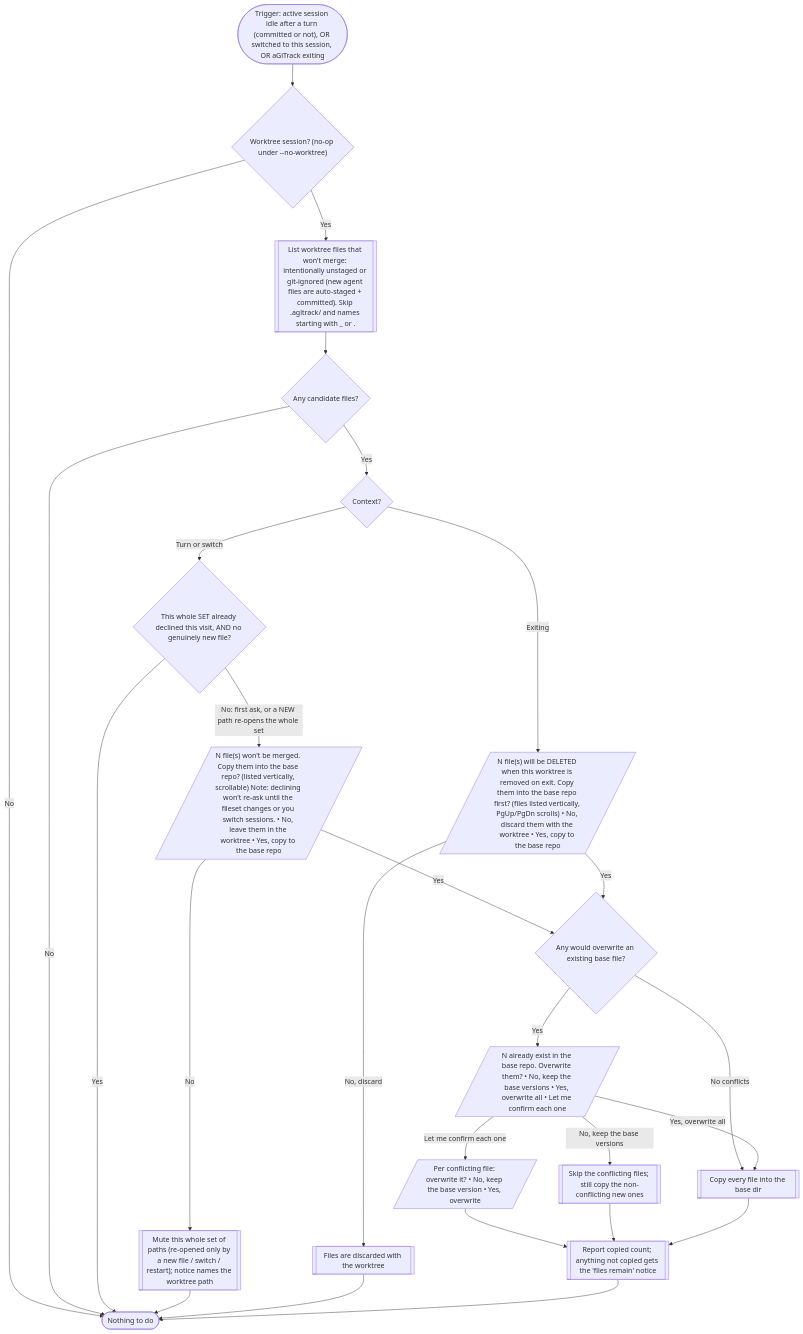
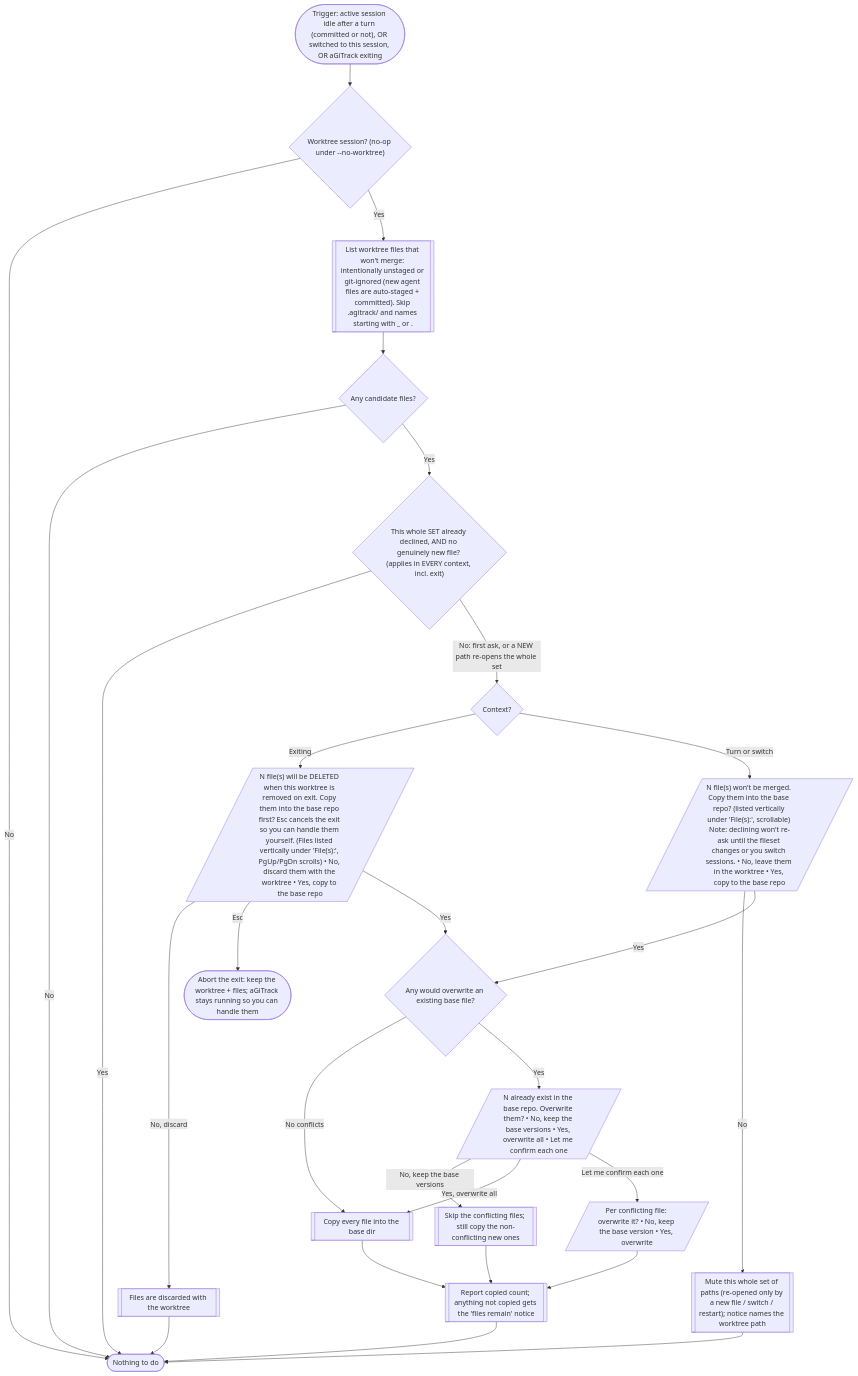
One commit to core-aix/agitrack changed the seventh of 15 diagrams in docs/user-flow.md. Above: the diagram before and after it, drawn with Mermaid. The commit also changed other lines of this file and 5 other files, not shown here.

````diff
--- a/docs/user-flow.md
+++ b/docs/user-flow.md
@@ -217,32 +217,33 @@
 ```mermaid
 flowchart TD
   start(["Trigger: active session idle after a turn (committed or not), OR switched to this session, OR aGiTrack exiting"]) --> wtq{"Worktree session? (no-op under --no-worktree)"}
   wtq -->|No| done(["Nothing to do"])
   wtq -->|Yes| gather[["List worktree files that won't merge: intentionally unstaged or git-ignored (new agent files are auto-staged + committed). Skip .agitrack/ and names starting with _ or ."]]
   gather --> any{"Any candidate files?"}
   any -->|No| done
-  any -->|Yes| ctx{"Context?"}
+  any -->|Yes| muted{"This whole SET already declined, AND no genuinely new file? (applies in EVERY context, incl. exit)"}
+  muted -->|Yes| done
+  muted -->|No: first ask, or a NEW path re-opens the whole set| ctx{"Context?"}
 
-  ctx -->|Exiting| offerx[/"N file(s) will be DELETED when this worktree is removed on exit. Copy them into the base repo first? (files listed vertically, PgUp/PgDn scrolls) • No, discard them with the worktree • Yes, copy to the base repo"/]
-  ctx -->|Turn or switch| muted{"This whole SET already declined this visit, AND no genuinely new file?"}
-  muted -->|Yes| done
-  muted -->|No: first ask, or a NEW path re-opens the whole set| offer[/"N file(s) won't be merged. Copy them into the base repo? (listed vertically, scrollable) Note: declining won't re-ask until the fileset changes or you switch sessions. • No, leave them in the worktree • Yes, copy to the base repo"/]
+  ctx -->|Exiting| offerx[/"N file(s) will be DELETED when this worktree is removed on exit. Copy them into the base repo first? Esc cancels the exit so you can handle them yourself. (Files listed vertically under 'File(s):', PgUp/PgDn scrolls) • No, discard them with the worktree • Yes, copy to the base repo"/]
+  ctx -->|Turn or switch| offer[/"N file(s) won't be merged. Copy them into the base repo? (listed vertically under 'File(s):', scrollable) Note: declining won't re-ask until the fileset changes or you switch sessions. • No, leave them in the worktree • Yes, copy to the base repo"/]
 
   offer -->|No| mute[["Mute this whole set of paths (re-opened only by a new file / switch / restart); notice names the worktree path"]]
   offerx -->|No, discard| disc[["Files are discarded with the worktree"]]
+  offerx -->|Esc| abortx(["Abort the exit: keep the worktree + files; aGiTrack stays running so you can handle them"])
   mute --> done
   disc --> done
 
   offer -->|Yes| conflictq{"Any would overwrite an existing base file?"}
   offerx -->|Yes| conflictq
   conflictq -->|No conflicts| copyall[["Copy every file into the base dir"]]
   conflictq -->|Yes| ow[/"N already exist in the base repo. Overwrite them? • No, keep the base versions • Yes, overwrite all • Let me confirm each one"/]
 
   ow -->|No, keep the base versions| skipc[["Skip the conflicting files; still copy the non-conflicting new ones"]]
   ow -->|Yes, overwrite all| copyall
   ow -->|Let me confirm each one| each[/"Per conflicting file: overwrite it? • No, keep the base version • Yes, overwrite"/]
   each --> tally
   skipc --> tally
   copyall --> tally[["Report copied count; anything not copied gets the 'files remain' notice"]]
   tally --> done
 ```
````
